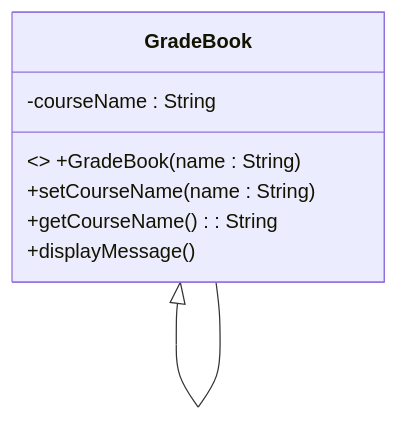
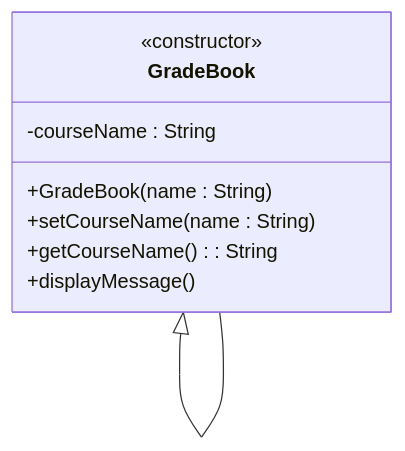
Before and after one commit to mosmn/Notes: the fourth of 4 diagrams in sections/cpp/objects-classes.md, drawn with Mermaid. The commit also changed 13 other files, not shown here.

````diff
--- a/sections/cpp/objects-classes.md
+++ b/sections/cpp/objects-classes.md
@@ -285,11 +285,12 @@
 ```mermaid
 classDiagram
     GradeBook <|-- GradeBook
     class GradeBook{
-        <<constructor>> +GradeBook(name : String)
+        <<constructor>>
+        +GradeBook(name : String)
         +setCourseName(name : String)
         +getCourseName() : String
         +displayMessage()
         -courseName : String
     }
 ```
````
